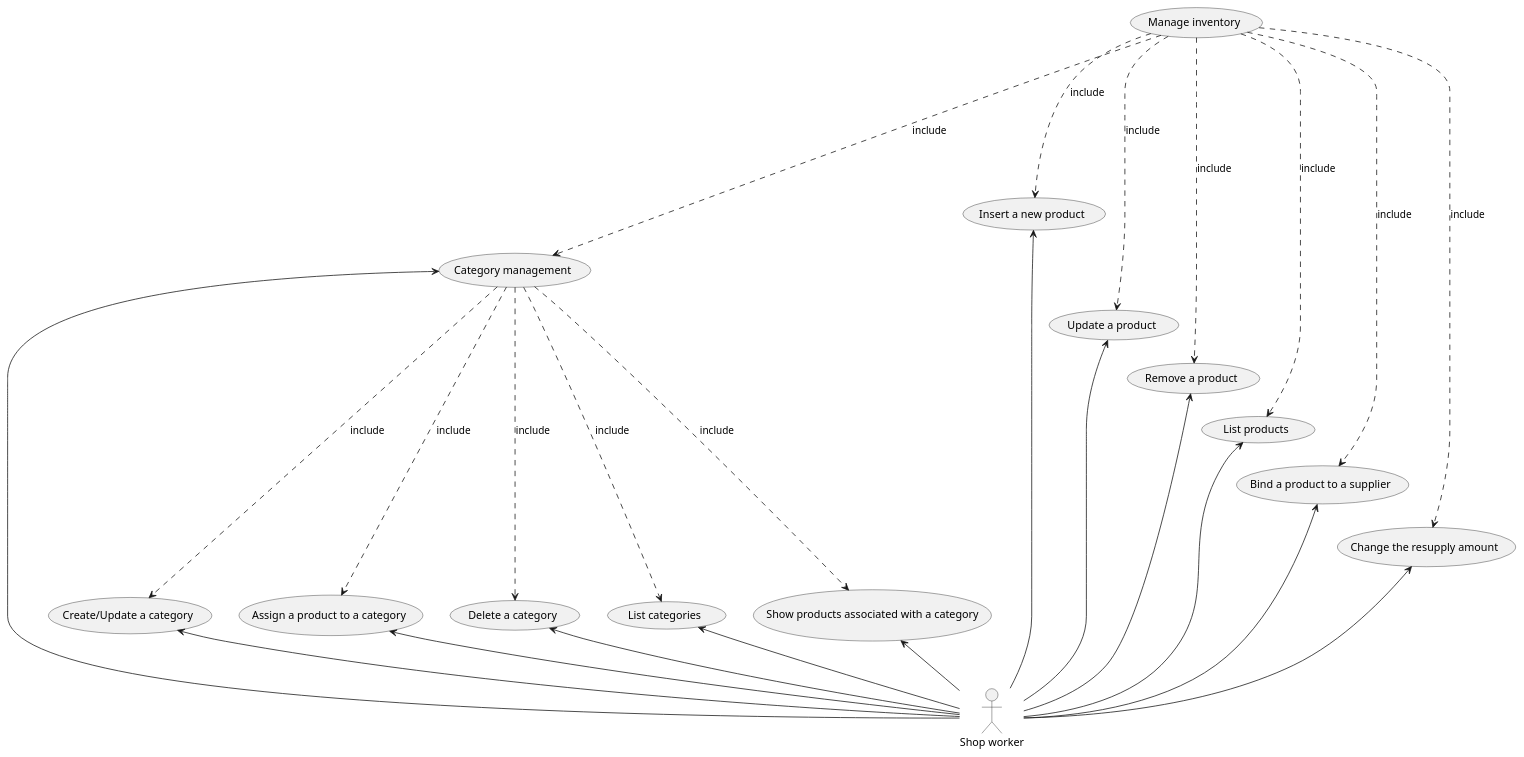
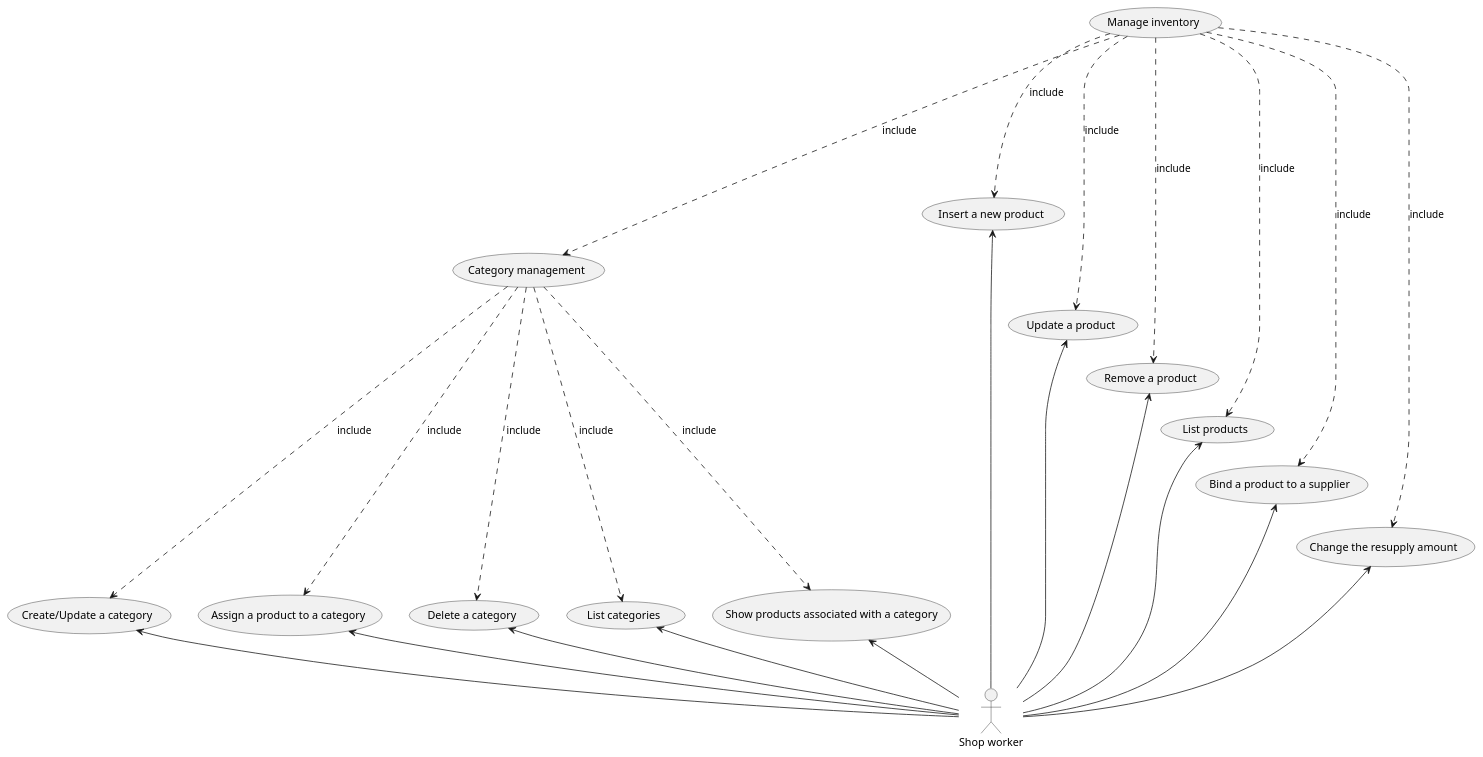
Before and after one commit to polito-se2-21-r03/se1-ezshop: the third of 12 diagrams in Deliverables/RequirementsDocument.md, drawn with PlantUML. The commit also changed other lines of this file, not shown here.

Commit message:
chaning about UC3 diagram

````diff
--- a/Deliverables/RequirementsDocument.md
+++ b/Deliverables/RequirementsDocument.md
@@ -219,48 +219,47 @@
 ```plantuml
 "Shop worker" as ShopWorker
 
 (Manage inventory) as FR2
 (Category management) as UC2.5
 
 (Insert a new product) as UC2.1
 (Update a product) as UC2.2
 (Remove a product) as UC2.3
 (List products) as UC2.4
 (Create/Update a category) as UC2.5.1
 (Assign a product to a category) as UC2.5.2
 (Delete a category) as UC2.5.3
 (List categories) as UC2.5.4
 (Show products associated with a category) as UC2.5.5
 (Bind a product to a supplier) as UC2.6
 (Change the resupply amount) as UC2.7
 
 
 /' Inventory management (UC2.1, UC2.2, UC2.3, UC2.4, UC2.5, UC2.6, UC2.7) '/
 FR2 ...> UC2.1 :include
 FR2 ...> UC2.2 :include
 FR2 ....> UC2.3 :include
 FR2 ....> UC2.4 :include
 FR2 ....> UC2.5 :include
 FR2 ....> UC2.6 :include
 FR2 ....> UC2.7 :include
 
 /' Category management (UC2.5.1, UC2.5.2, UC2.5.3, UC2.5.4, UC2.5.5) '/
 UC2.5 ....> UC2.5.1 :include
 UC2.5 ....> UC2.5.2 :include
 UC2.5 ....> UC2.5.3 :include
 UC2.5 ....> UC2.5.4 :include
 UC2.5 ....> UC2.5.5 :include
 
 UC2.1 <-- ShopWorker
 UC2.2 <-- ShopWorker
 UC2.3 <-- ShopWorker
 UC2.4 <-- ShopWorker
-UC2.5 <-- ShopWorker
 UC2.5.1 <-- ShopWorker
 UC2.5.2 <-- ShopWorker
 UC2.5.3 <-- ShopWorker
 UC2.5.4 <-- ShopWorker
 UC2.5.5 <-- ShopWorker
 UC2.6 <-- ShopWorker
 UC2.7 <-- ShopWorker
 ```
````
